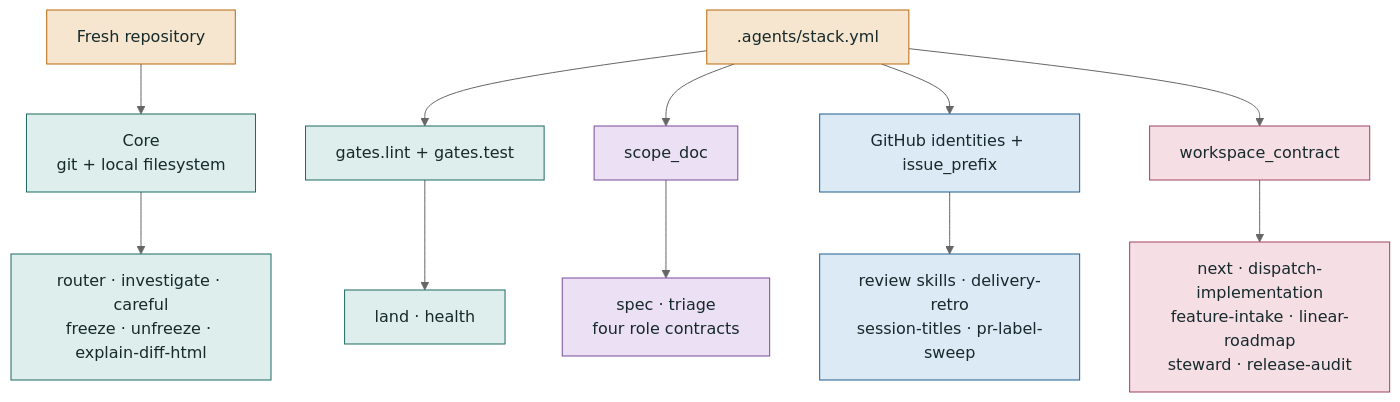
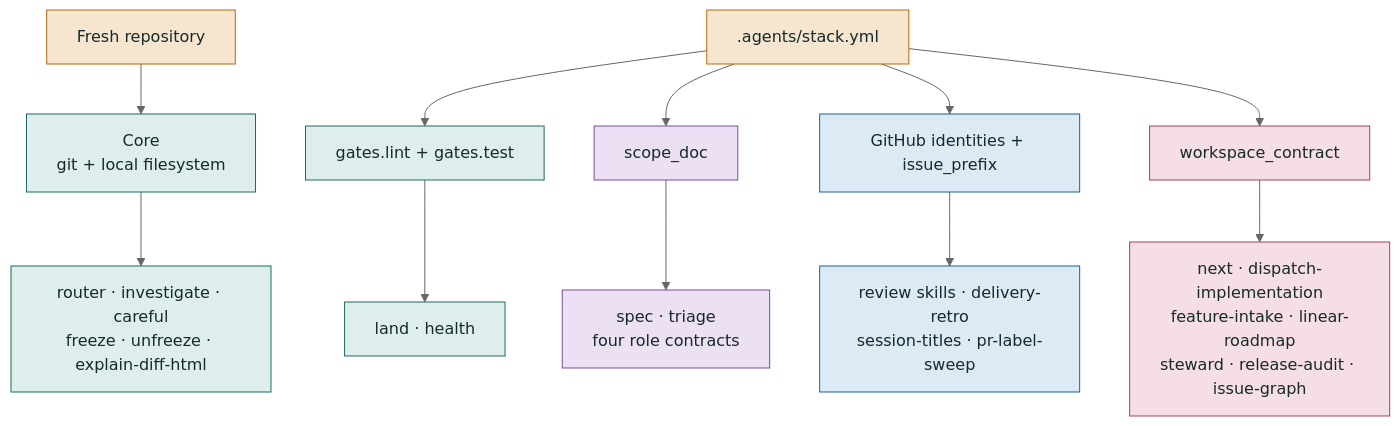
The third of 5 diagrams in docs/skill-map.md (khalilouardini/kstack), drawn with Mermaid (neutral theme) before and after one commit. The commit also changed other lines of this file and 12 other files, not shown here.

Commit message:
feat: add issue graph visualization skill

````diff
--- a/docs/skill-map.md
+++ b/docs/skill-map.md
@@ -107,25 +108,25 @@
 ```mermaid
 flowchart TB
     fresh["Fresh repository"] --> core["Core<br/>git + local filesystem"]
     config[".agents/stack.yml"] --> gates["gates.lint + gates.test"]
     config --> scope["scope_doc"]
     config --> identities["GitHub identities + issue_prefix"]
     config --> workspace["workspace_contract"]
 
     core --> coreSkills["router · investigate · careful<br/>freeze · unfreeze · explain-diff-html"]
     gates --> gatedCore["land · health"]
     scope --> roleSkills["spec · triage<br/>four role contracts"]
     identities --> githubSkills["review skills · delivery-retro<br/>session-titles · pr-label-sweep"]
-    workspace --> linearSkills["next · dispatch-implementation<br/>feature-intake · linear-roadmap<br/>steward · release-audit"]
+    workspace --> linearSkills["next · dispatch-implementation<br/>feature-intake · linear-roadmap<br/>steward · release-audit · issue-graph"]
 
     classDef source fill:#f6e6cf,stroke:#b8690c,color:#16292b
     classDef coreStyle fill:#ddeeec,stroke:#1d6a63,color:#16292b
     classDef rolesStyle fill:#ece0f4,stroke:#7a4b9c,color:#16292b
     classDef githubStyle fill:#dceaf5,stroke:#1f5f92,color:#16292b
     classDef linearStyle fill:#f6dee5,stroke:#a04360,color:#16292b
     class fresh,config source
     class core,gates,coreSkills,gatedCore coreStyle
     class scope,roleSkills rolesStyle
     class identities,githubSkills githubStyle
     class workspace,linearSkills linearStyle
 ```
````
